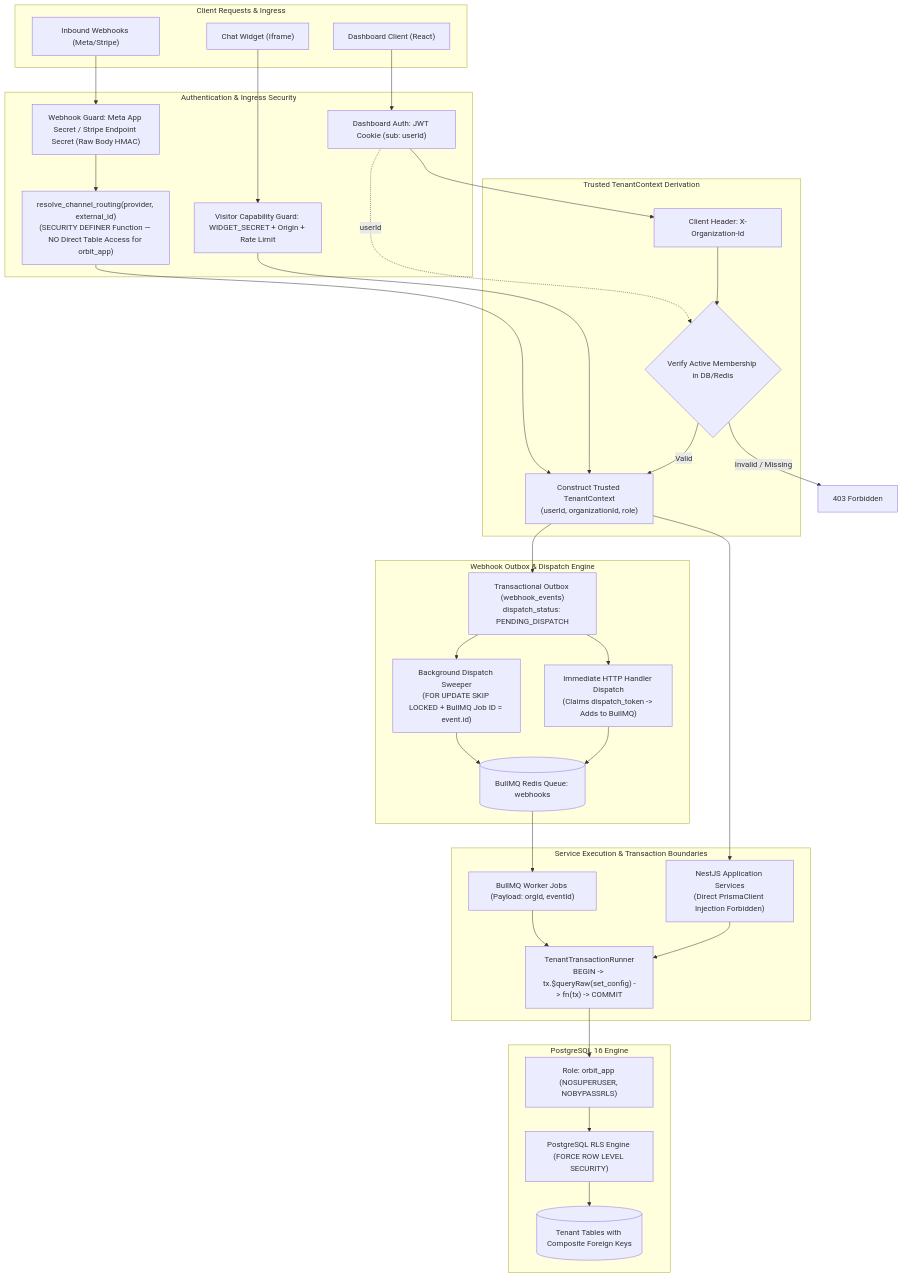
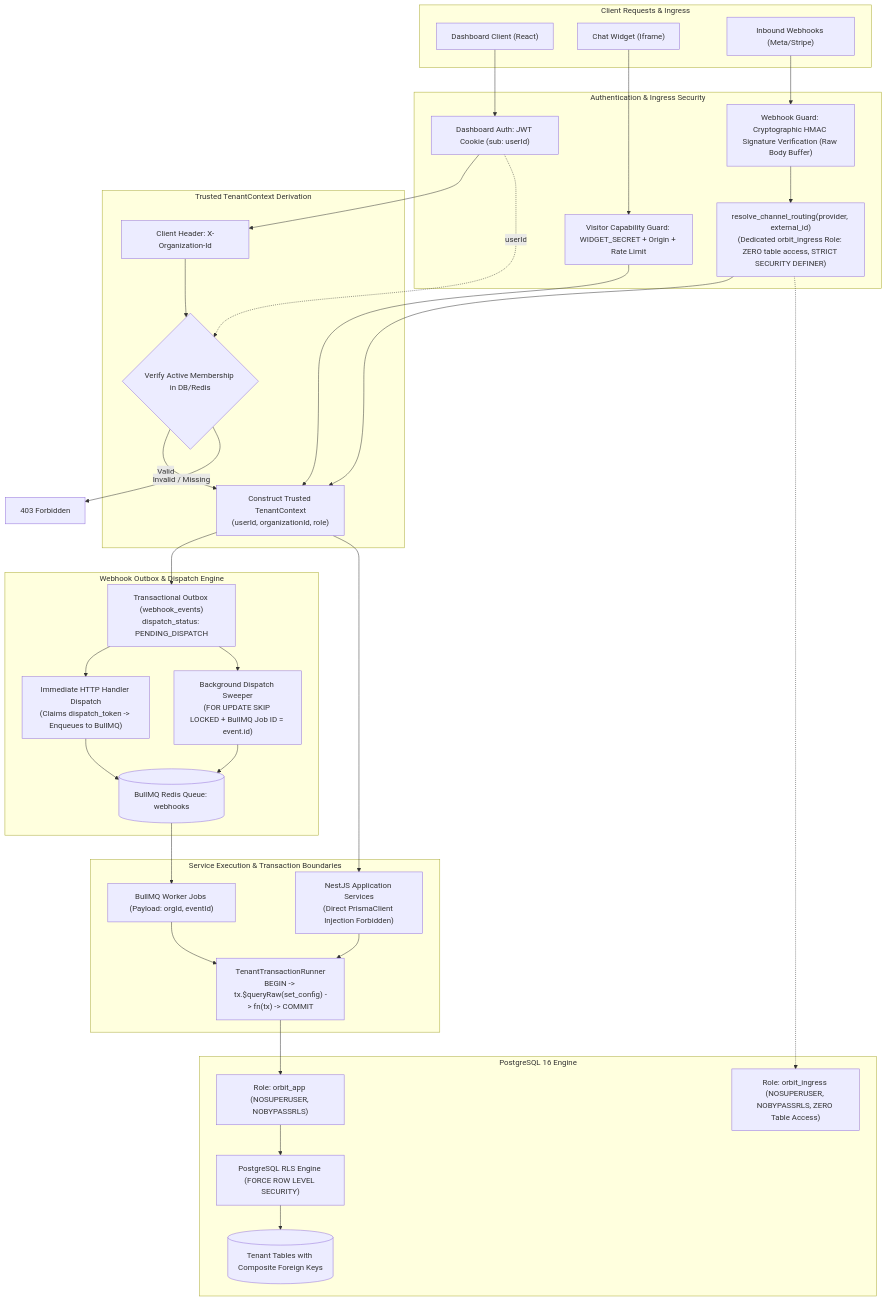
The first of 5 diagrams in docs/ARCHITECTURE.md (HarshParyani33/orbit), drawn with Mermaid before and after one commit. The commit also changed other lines of this file, not shown here.

Commit message:
docs: finalize architecture specification v1.1.4

````diff
--- a/docs/ARCHITECTURE.md
+++ b/docs/ARCHITECTURE.md
@@ -59,58 +59,60 @@
 ```mermaid
 flowchart TD
     subgraph Ingress["Client Requests & Ingress"]
         WebDash["Dashboard Client (React)"]
         ChatWidget["Chat Widget (Iframe)"]
         Webhooks["Inbound Webhooks (Meta/Stripe)"]
     end
 
     subgraph AuthLayer["Authentication & Ingress Security"]
         DashAuth["Dashboard Auth: JWT Cookie (sub: userId)"]
         WidgetAuth["Visitor Capability Guard: WIDGET_SECRET + Origin + Rate Limit"]
-        WebhookAuth["Webhook Guard: Meta App Secret / Stripe Endpoint Secret (Raw Body HMAC)"]
-        RoutingSecurityDefiner["resolve_channel_routing(provider, external_id)\n(SECURITY DEFINER Function — NO Direct Table Access for orbit_app)"]
+        WebhookAuth["Webhook Guard: Cryptographic HMAC Signature Verification (Raw Body Buffer)"]
+        IngressLookup["resolve_channel_routing(provider, external_id)\n(Dedicated orbit_ingress Role: ZERO table access, STRICT SECURITY DEFINER)"]
     end
 
     subgraph TenantResolution["Trusted TenantContext Derivation"]
         ReqOrgHeader["Client Header: X-Organization-Id"]
         VerifyMembership{"Verify Active Membership in DB/Redis"}
         MakeTenantContext["Construct Trusted TenantContext\n(userId, organizationId, role)"]
     end
 
     subgraph OutboxDispatcher["Webhook Outbox & Dispatch Engine"]
         OutboxTable["Transactional Outbox (webhook_events)\ndispatch_status: PENDING_DISPATCH"]
-        ImmediateDispatch["Immediate HTTP Handler Dispatch\n(Claims dispatch_token -> Adds to BullMQ)"]
+        ImmediateDispatch["Immediate HTTP Handler Dispatch\n(Claims dispatch_token -> Enqueues to BullMQ)"]
         DispatchSweeper["Background Dispatch Sweeper\n(FOR UPDATE SKIP LOCKED + BullMQ Job ID = event.id)"]
         BullMQQueue[("BullMQ Redis Queue: webhooks")]
     end
 
     subgraph ExecutionPlane["Service Execution & Transaction Boundaries"]
         NestServices["NestJS Application Services\n(Direct PrismaClient Injection Forbidden)"]
         WorkerJobs["BullMQ Worker Jobs (Payload: orgId, eventId)"]
         TenantRunner["TenantTransactionRunner\nBEGIN -> tx.$queryRaw(set_config) -> fn(tx) -> COMMIT"]
     end
 
     subgraph DataPlane["PostgreSQL 16 Engine"]
         RoleApp["Role: orbit_app (NOSUPERUSER, NOBYPASSRLS)"]
+        RoleIngress["Role: orbit_ingress (NOSUPERUSER, NOBYPASSRLS, ZERO Table Access)"]
         RLS["PostgreSQL RLS Engine (FORCE ROW LEVEL SECURITY)"]
         Tables[("Tenant Tables with Composite Foreign Keys")]
     end
 
     WebDash --> DashAuth --> ReqOrgHeader
     ReqOrgHeader --> VerifyMembership
     DashAuth -.->|userId| VerifyMembership
     VerifyMembership -->|Valid| MakeTenantContext
     VerifyMembership -->|Invalid / Missing| Deny403["403 Forbidden"]
 
     ChatWidget --> WidgetAuth --> MakeTenantContext
-    Webhooks --> WebhookAuth --> RoutingSecurityDefiner --> MakeTenantContext
+    Webhooks --> WebhookAuth --> IngressLookup --> MakeTenantContext
     MakeTenantContext --> OutboxTable
     OutboxTable --> ImmediateDispatch --> BullMQQueue
     OutboxTable --> DispatchSweeper --> BullMQQueue
 
     MakeTenantContext --> NestServices
     NestServices --> TenantRunner
     BullMQQueue --> WorkerJobs --> TenantRunner
 
+    IngressLookup -.-> RoleIngress
     TenantRunner --> RoleApp --> RLS --> Tables
 ```
````
